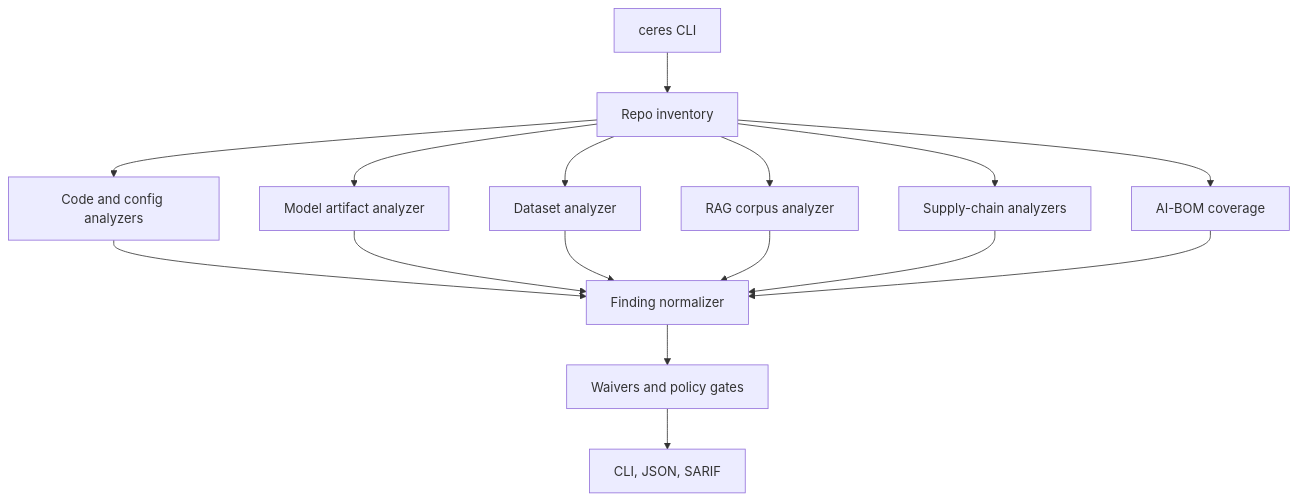
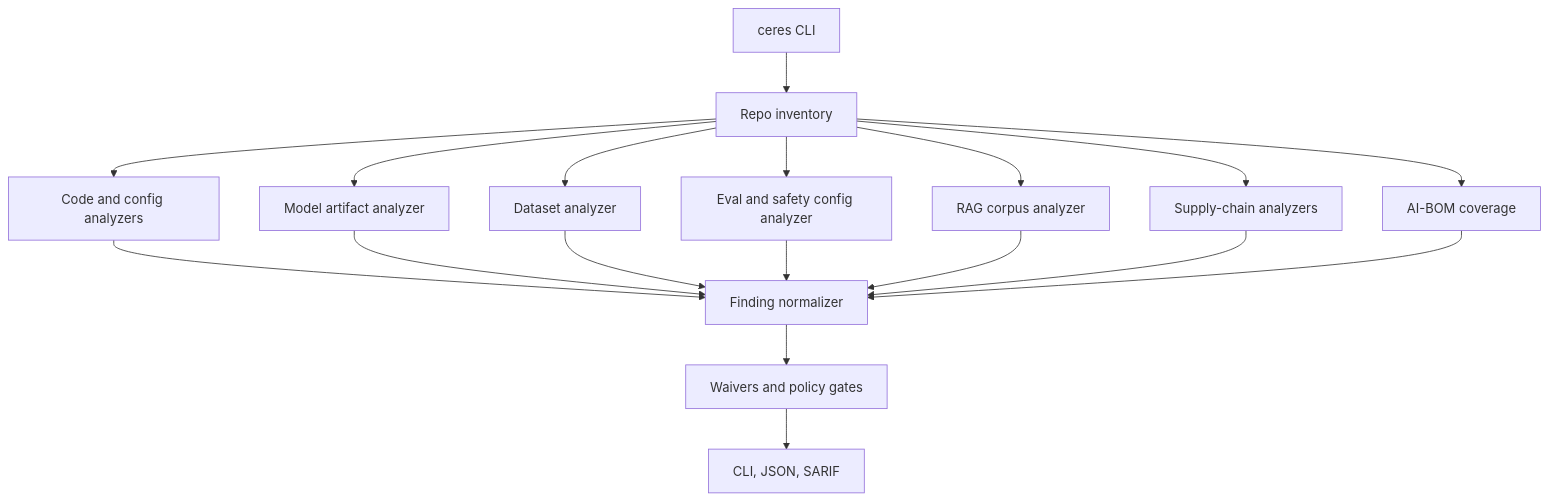
One commit to duriantaco/ceres changed the diagram in docs/architecture.md. Above: the diagram before and after it, drawn with Mermaid. The commit also changed other lines of this file and 6 other files, not shown here.

````diff
--- a/docs/architecture.md
+++ b/docs/architecture.md
@@ -6,18 +6,20 @@
 ```mermaid
 flowchart TD
   CLI[ceres CLI] --> Inventory[Repo inventory]
   Inventory --> Code[Code and config analyzers]
   Inventory --> Model[Model artifact analyzer]
   Inventory --> Data[Dataset analyzer]
+  Inventory --> Eval[Eval and safety config analyzer]
   Inventory --> RAG[RAG corpus analyzer]
   Inventory --> Deps[Supply-chain analyzers]
   Inventory --> BOM[AI-BOM coverage]
   Code --> Findings[Finding normalizer]
   Model --> Findings
   Data --> Findings
+  Eval --> Findings
   RAG --> Findings
   Deps --> Findings
   BOM --> Findings
   Findings --> Waivers[Waivers and policy gates]
   Waivers --> Reports[CLI, JSON, SARIF]
 ```
````
